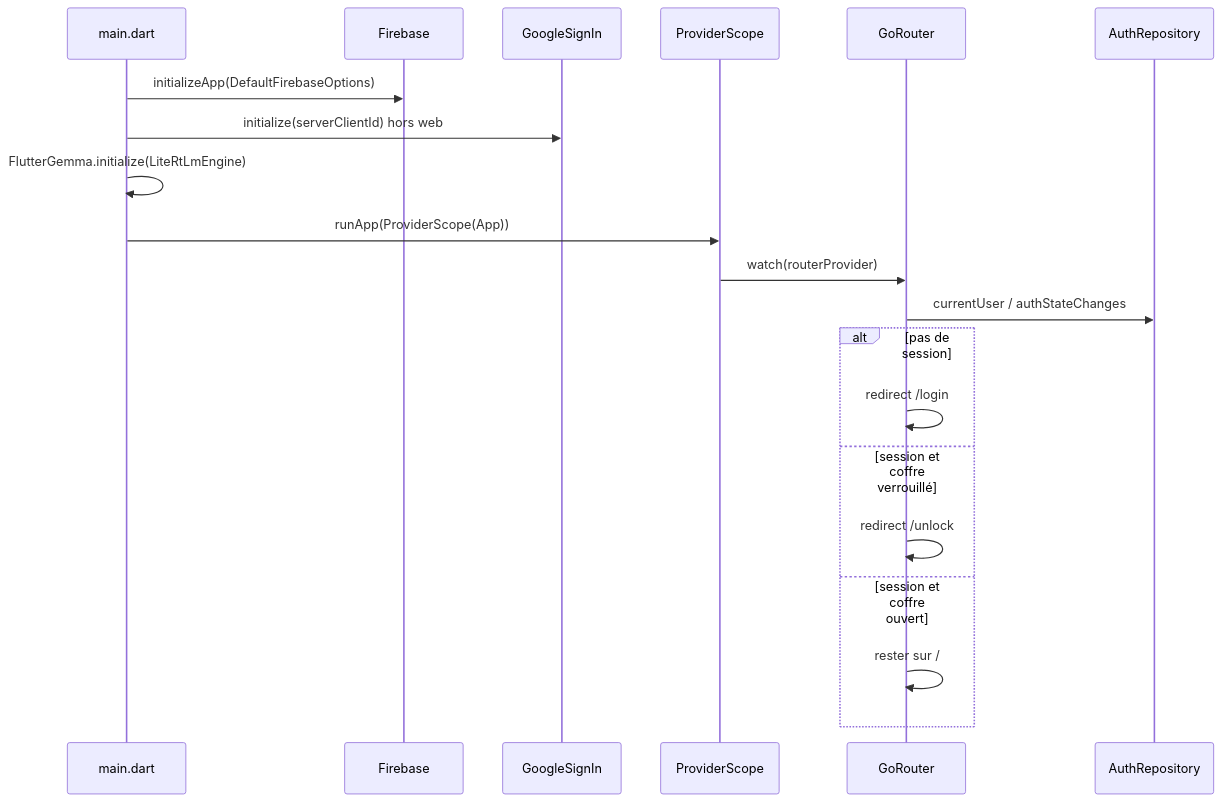
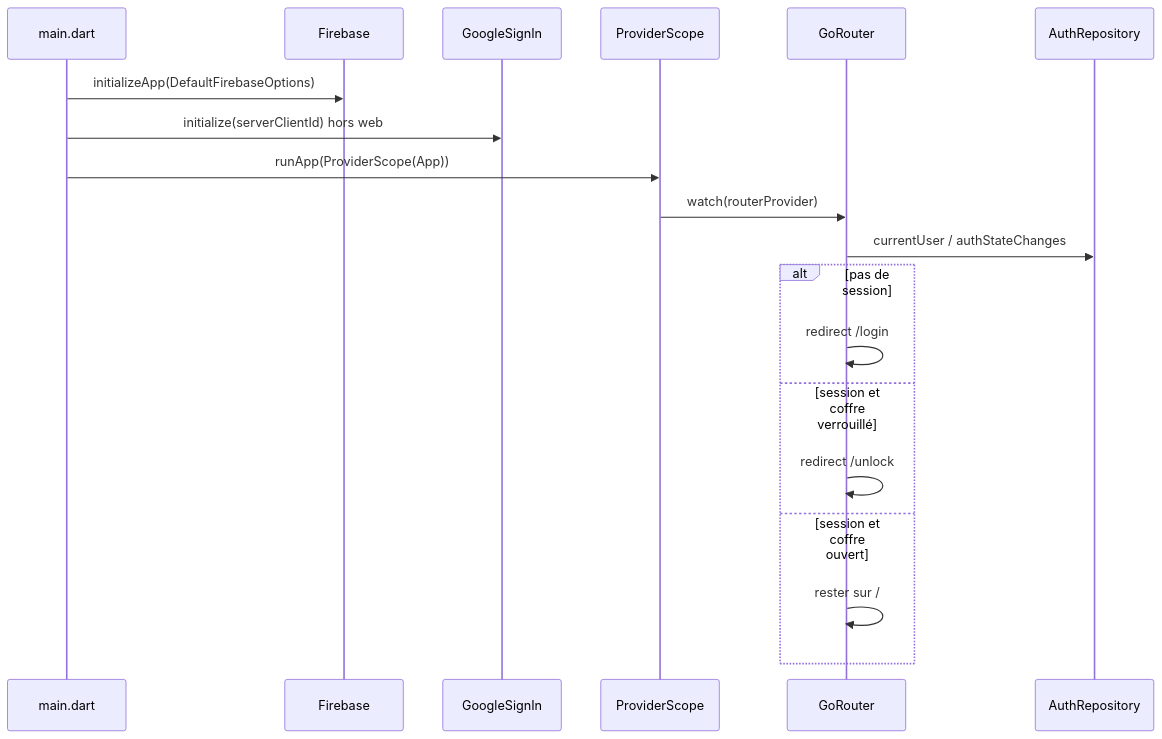
The diagram in docs/architecture.md (VictorSulivan/flutter_pwd_container), drawn with Mermaid before and after one commit. The commit also changed other lines of this file and 24 other files, not shown here.

````diff
--- a/docs/architecture.md
+++ b/docs/architecture.md
@@ -7,23 +7,22 @@
 ```mermaid
 sequenceDiagram
   participant Main as main.dart
   participant Firebase
   participant Google as GoogleSignIn
   participant Scope as ProviderScope
   participant Router as GoRouter
   participant Auth as AuthRepository
 
   Main->>Firebase: initializeApp(DefaultFirebaseOptions)
   Main->>Google: initialize(serverClientId) hors web
-  Main->>Main: FlutterGemma.initialize(LiteRtLmEngine)
   Main->>Scope: runApp(ProviderScope(App))
   Scope->>Router: watch(routerProvider)
   Router->>Auth: currentUser / authStateChanges
   alt pas de session
     Router->>Router: redirect /login
   else session et coffre verrouillé
     Router->>Router: redirect /unlock
   else session et coffre ouvert
     Router->>Router: rester sur /
   end
 ```
````
